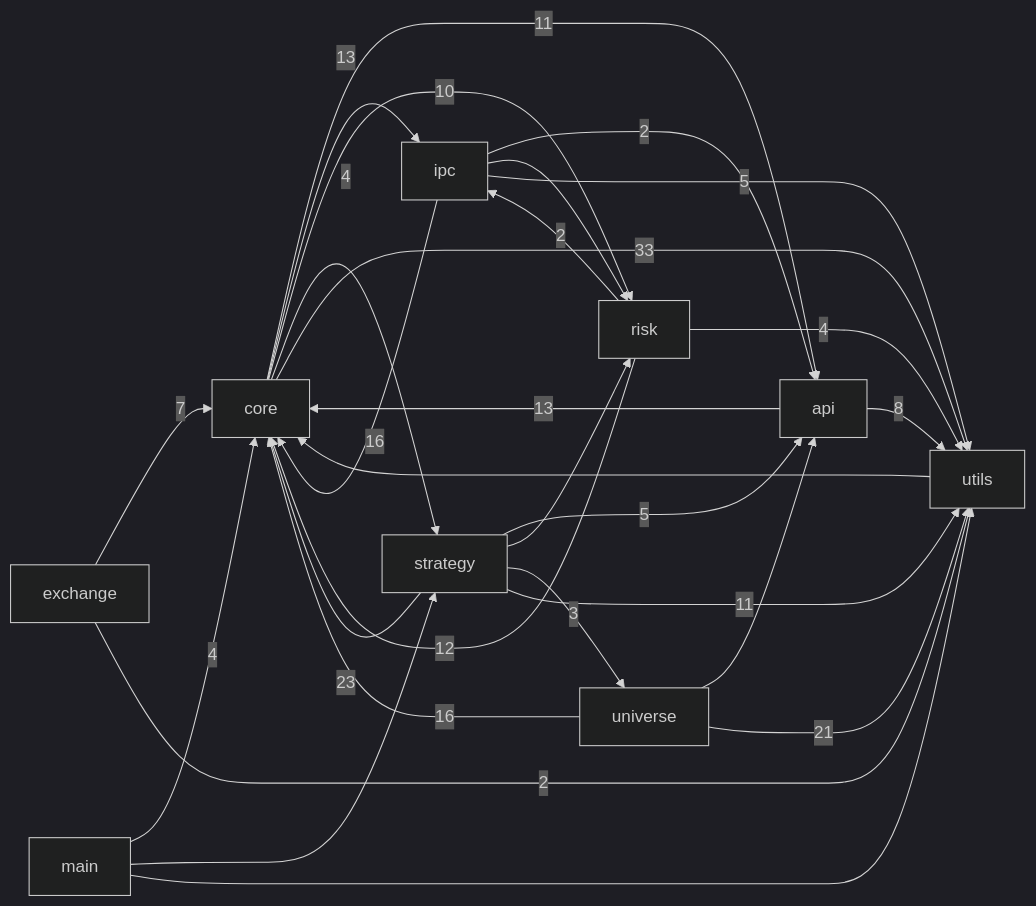
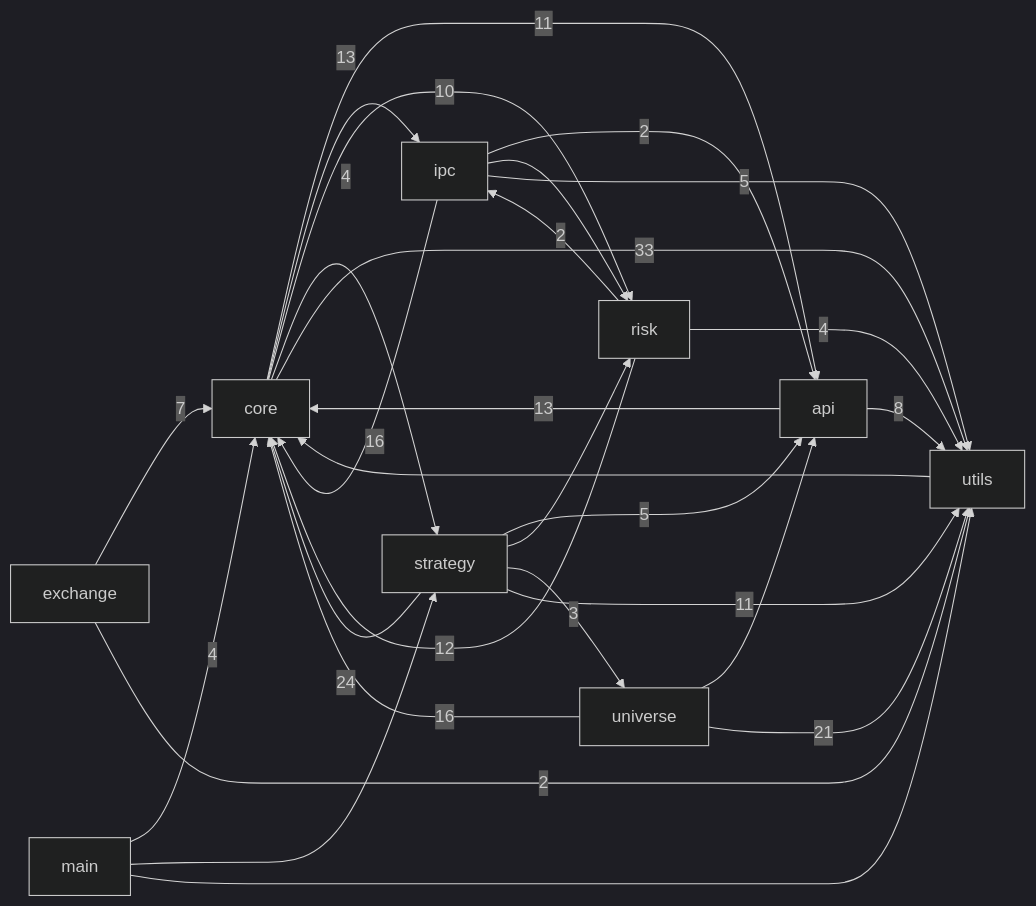
The first of 3 diagrams in docs/CODE_GRAPH.md (pypy8171/Quant), drawn with Mermaid (dark theme) before and after one commit. The commit also changed other lines of this file and 6 other files, not shown here.

````diff
--- a/docs/CODE_GRAPH.md
+++ b/docs/CODE_GRAPH.md
@@ -10,40 +10,40 @@
 ```mermaid
 graph LR
   main[main]
   core[core]
   strategy[strategy]
   api[api]
   universe[universe]
   risk[risk]
   ipc[ipc]
   utils[utils]
   exchange[exchange]
   api -->|13| core
   api -->|8| utils
   core -->|11| api
   core -->|13| ipc
   core -->|10| risk
   core -->|4| strategy
   core -->|33| utils
   exchange -->|7| core
   exchange -->|2| utils
   ipc -->|2| api
   ipc -->|16| core
   ipc --> risk
   ipc -->|5| utils
   main -->|4| core
   main --> strategy
   main --> utils
   risk -->|12| core
   risk -->|2| ipc
   risk -->|4| utils
   strategy -->|5| api
-  strategy -->|23| core
+  strategy -->|24| core
   strategy --> risk
   strategy -->|3| universe
   strategy -->|11| utils
   universe --> api
   universe -->|16| core
   universe -->|21| utils
   utils --> core
 ```
````
